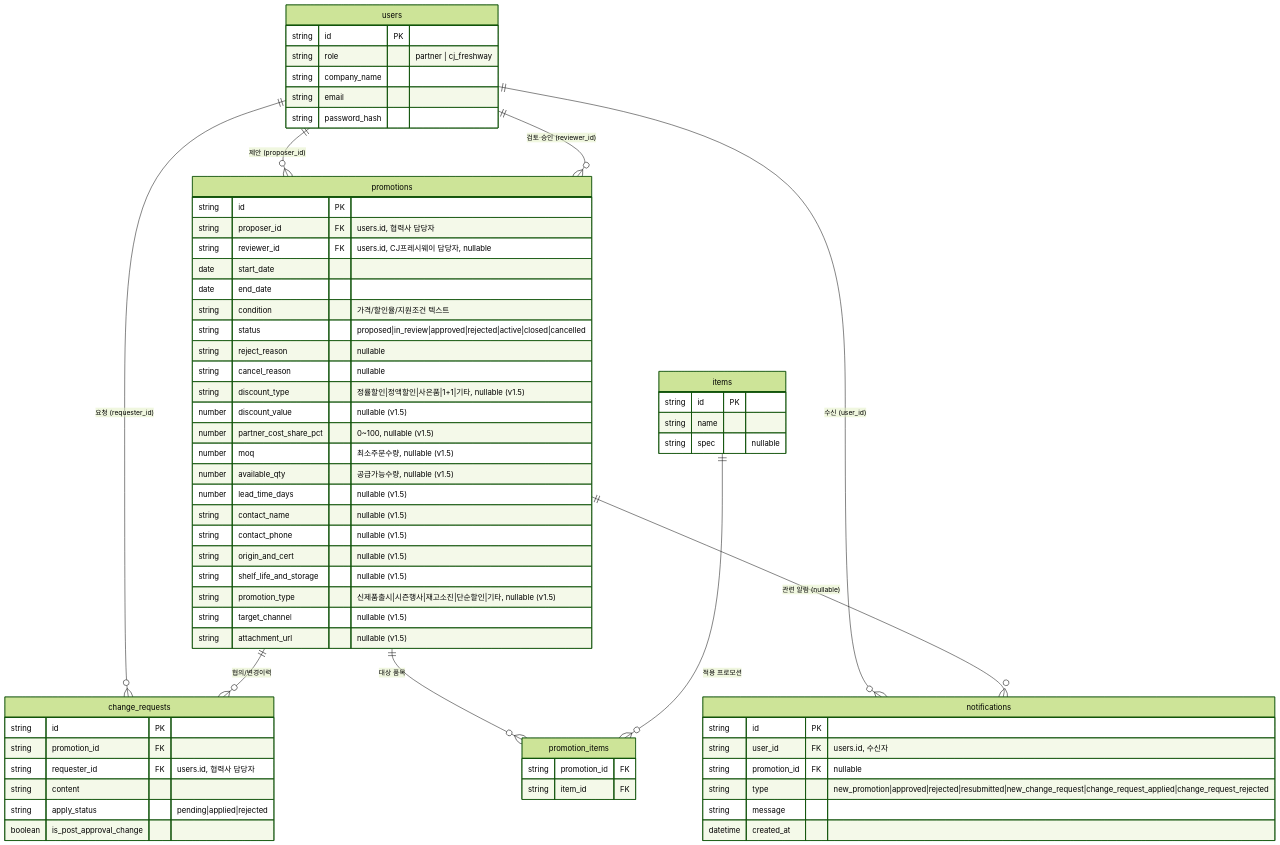
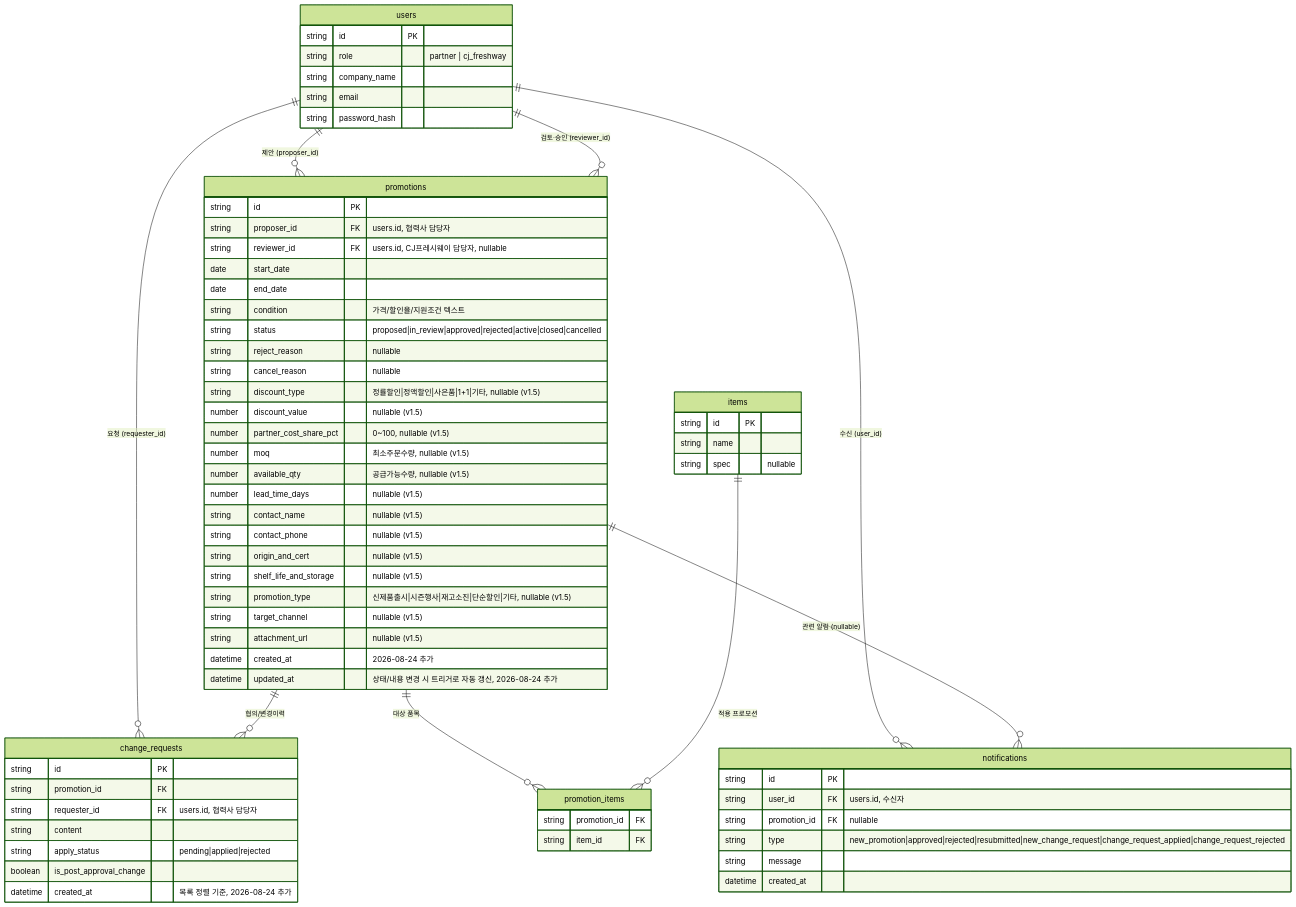
One commit to spongood99-spec/b2b-promo changed the diagram in docs/8-erd.md. Above: the diagram before and after it, drawn with Mermaid (forest theme). The commit also changed other lines of this file and 28 other files, not shown here.

First line of the commit message:
Fix issues found in full 4-area regression E2E (flow/boundary/security/a11y)

````diff
--- a/docs/8-erd.md
+++ b/docs/8-erd.md
@@ -5,73 +5,76 @@
 ```mermaid
 erDiagram
     users ||--o{ promotions : "제안 (proposer_id)"
     users ||--o{ promotions : "검토·승인 (reviewer_id)"
     users ||--o{ change_requests : "요청 (requester_id)"
     promotions ||--o{ change_requests : "협의/변경이력"
     promotions ||--o{ promotion_items : "대상 품목"
     items ||--o{ promotion_items : "적용 프로모션"
     users ||--o{ notifications : "수신 (user_id)"
     promotions ||--o{ notifications : "관련 알림 (nullable)"
 
     users {
         string id PK
         string role "partner | cj_freshway"
         string company_name
         string email
         string password_hash
     }
 
     promotions {
         string id PK
         string proposer_id FK "users.id, 협력사 담당자"
         string reviewer_id FK "users.id, CJ프레시웨이 담당자, nullable"
         date start_date
         date end_date
         string condition "가격/할인율/지원조건 텍스트"
         string status "proposed|in_review|approved|rejected|active|closed|cancelled"
         string reject_reason "nullable"
         string cancel_reason "nullable"
         string discount_type "정률할인|정액할인|사은품|1+1|기타, nullable (v1.5)"
         number discount_value "nullable (v1.5)"
         number partner_cost_share_pct "0~100, nullable (v1.5)"
         number moq "최소주문수량, nullable (v1.5)"
         number available_qty "공급가능수량, nullable (v1.5)"
         number lead_time_days "nullable (v1.5)"
         string contact_name "nullable (v1.5)"
         string contact_phone "nullable (v1.5)"
         string origin_and_cert "nullable (v1.5)"
         string shelf_life_and_storage "nullable (v1.5)"
         string promotion_type "신제품출시|시즌행사|재고소진|단순할인|기타, nullable (v1.5)"
         string target_channel "nullable (v1.5)"
         string attachment_url "nullable (v1.5)"
+        datetime created_at "2026-08-24 추가"
+        datetime updated_at "상태/내용 변경 시 트리거로 자동 갱신, 2026-08-24 추가"
     }
 
     items {
         string id PK
         string name
         string spec "nullable"
     }
 
     promotion_items {
         string promotion_id FK
         string item_id FK
     }
 
     change_requests {
         string id PK
         string promotion_id FK
         string requester_id FK "users.id, 협력사 담당자"
         string content
         string apply_status "pending|applied|rejected"
         boolean is_post_approval_change
+        datetime created_at "목록 정렬 기준, 2026-08-24 추가"
     }
 
     notifications {
         string id PK
         string user_id FK "users.id, 수신자"
         string promotion_id FK "nullable"
         string type "new_promotion|approved|rejected|resubmitted|new_change_request|change_request_applied|change_request_rejected"
         string message
         datetime created_at
     }
 ```
````
